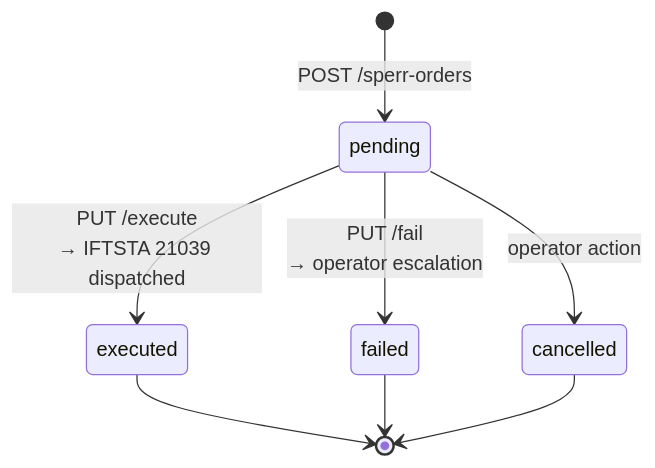
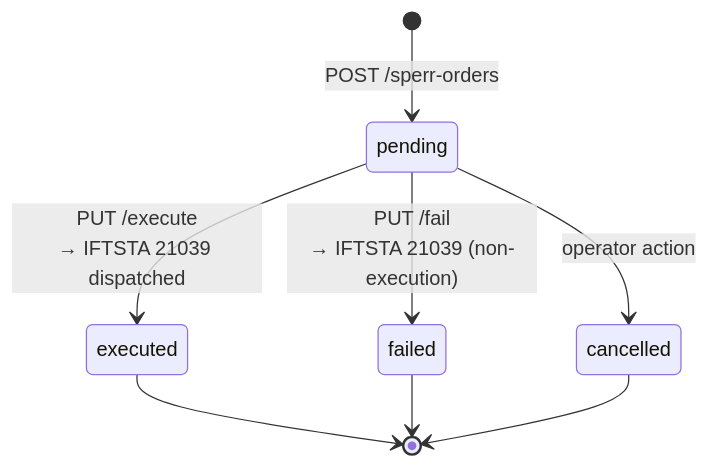
The second of 2 diagrams in docs/sperrd.md (hupe1980/mako), drawn with Mermaid before and after one commit. The commit also changed other lines of this file and 147 other files, not shown here.

````diff
--- a/docs/sperrd.md
+++ b/docs/sperrd.md
@@ -158,10 +160,10 @@
 ```mermaid
 stateDiagram-v2
     [*] --> pending : POST /sperr-orders
     pending --> executed : PUT /execute<br/>→ IFTSTA 21039 dispatched
-    pending --> failed : PUT /fail<br/>→ operator escalation
+    pending --> failed : PUT /fail<br/>→ IFTSTA 21039 (non-execution)
     pending --> cancelled : operator action
     executed --> [*]
     failed --> [*]
     cancelled --> [*]
 ```
````
